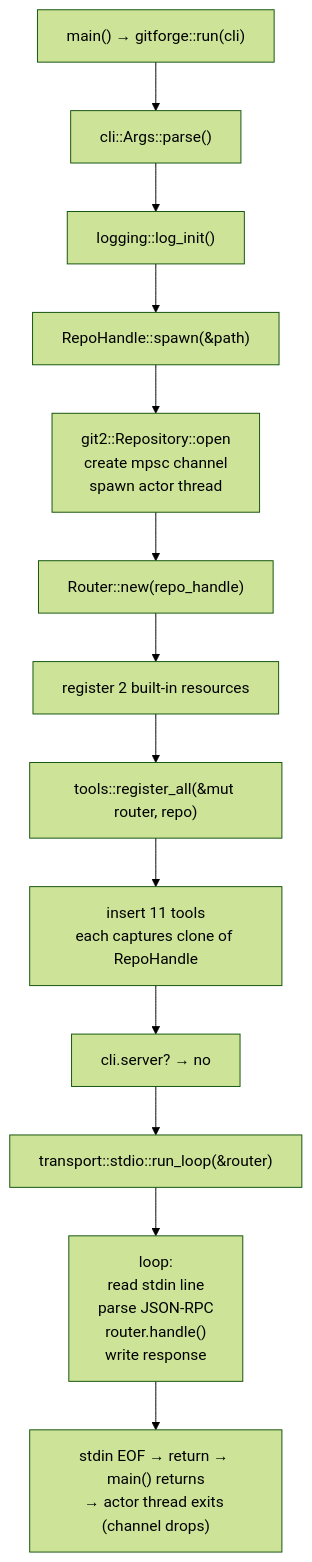
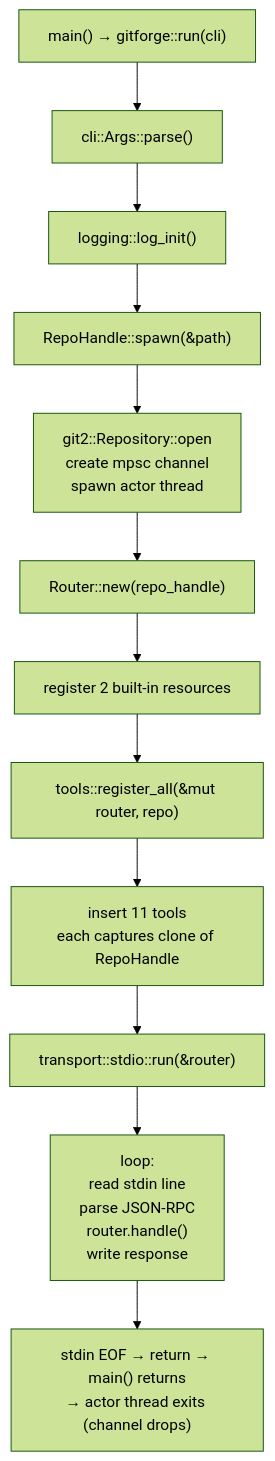
One commit to pritam12426/gitforge changed the second of 7 diagrams in DEV_IN_DEPTH.md. Above: the diagram before and after it, drawn with Mermaid (forest theme). The commit also changed other lines of this file and 14 other files, not shown here.

First line of the commit message:
refactor: remove HTTP transport and server subcommand

````diff
--- a/DEV_IN_DEPTH.md
+++ b/DEV_IN_DEPTH.md
@@ -102,15 +85,14 @@
 ```mermaid
 flowchart TD
     A["main() → gitforge::run(cli)"] --> B["cli::Args::parse()"]
     B --> C["logging::log_init()"]
     C --> D["RepoHandle::spawn(&path)"]
     D --> E["git2::Repository::open<br/>create mpsc channel<br/>spawn actor thread"]
     E --> F["Router::new(repo_handle)"]
     F --> G["register 2 built-in resources"]
     G --> H["tools::register_all(&mut router, repo)"]
     H --> I["insert 11 tools<br/>each captures clone of RepoHandle"]
-    I --> J["cli.server? → no"]
-    J --> K["transport::stdio::run_loop(&router)"]
-    K --> L["loop:<br/>read stdin line<br/>parse JSON-RPC<br/>router.handle()<br/>write response"]
-    L --> M["stdin EOF → return → main() returns<br/>→ actor thread exits (channel drops)"]
+    I --> J["transport::stdio::run(&router)"]
+    J --> K["loop:<br/>read stdin line<br/>parse JSON-RPC<br/>router.handle()<br/>write response"]
+    K --> L["stdin EOF → return → main() returns<br/>→ actor thread exits (channel drops)"]
 ```
````
